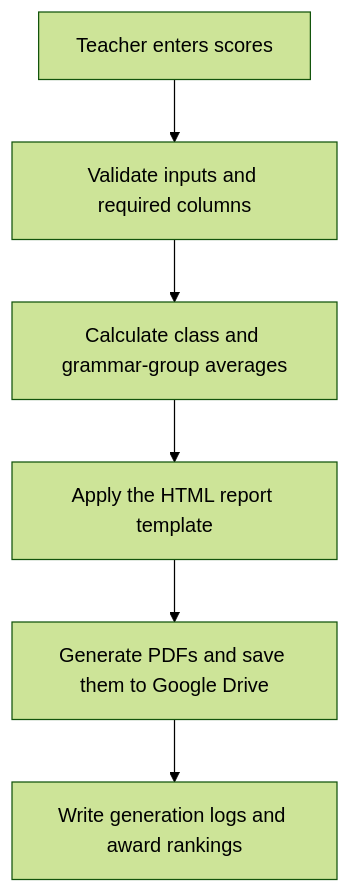
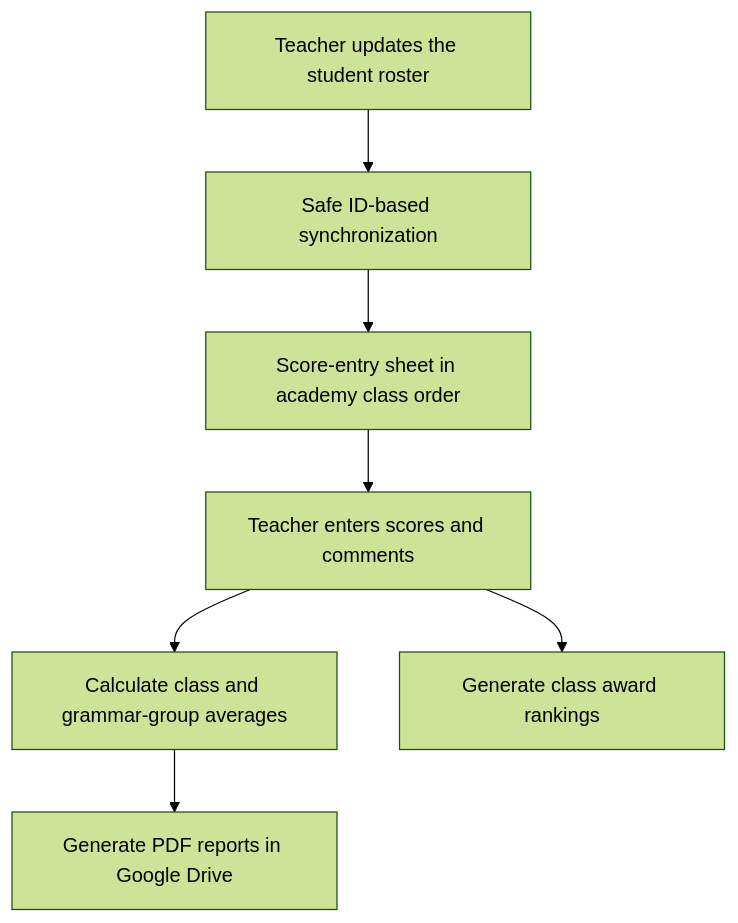
The diagram in README.md (peter246412-tech/academy-report-card-automation), drawn with Mermaid (forest theme) before and after one commit. The commit also changed other lines of this file and 3 other files, not shown here.

Commit message:
Finalize safe roster sync and document engineering journey

````diff
--- a/README.md
+++ b/README.md
@@ -17,8 +17,9 @@
 ```mermaid
 flowchart TD
-    A[Teacher enters scores] --> B[Validate inputs and required columns]
-    B --> C[Calculate class and grammar-group averages]
-    C --> D[Apply the HTML report template]
-    D --> E[Generate PDFs and save them to Google Drive]
-    E --> F[Write generation logs and award rankings]
+    A[Teacher updates the student roster] --> B[Safe ID-based synchronization]
+    B --> C[Score-entry sheet in academy class order]
+    C --> D[Teacher enters scores and comments]
+    D --> E[Calculate class and grammar-group averages]
+    E --> F[Generate PDF reports in Google Drive]
+    D --> G[Generate class award rankings]
 ```
````
